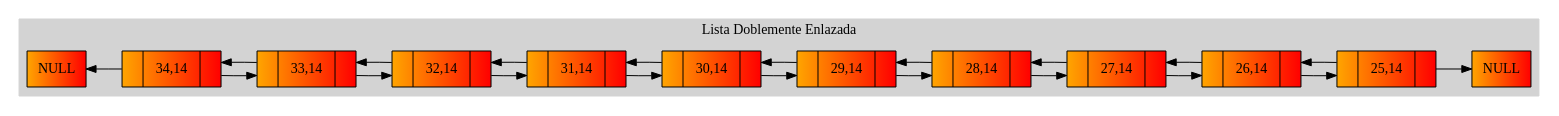
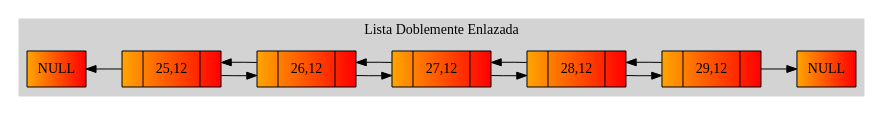
The diagram in graficaLD.dot (Tiago-130414/EDD_1S2019_P1_201313722), drawn with Graphviz before and after one commit. The commit also changed 6 other files, not shown here.

```diff
--- a/graficaLD.dot
+++ b/graficaLD.dot
@@ -1,42 +1,27 @@
 digraph{
 rankdir=LR;
 labelloc="t";
 subgraph cluster_0{
 style=filled;
 color = lightgrey;
 node[shape=record];
 NodoPN[label="NULL"style = filled, fillcolor = "orange:red"];
-Nodo34C14[label="{ |34,14| }"style = filled, fillcolor = "orange:red"];
-Nodo33C14[label="{ |33,14| }"style = filled, fillcolor = "orange:red"];
-Nodo32C14[label="{ |32,14| }"style = filled, fillcolor = "orange:red"];
-Nodo31C14[label="{ |31,14| }"style = filled, fillcolor = "orange:red"];
-Nodo30C14[label="{ |30,14| }"style = filled, fillcolor = "orange:red"];
-Nodo29C14[label="{ |29,14| }"style = filled, fillcolor = "orange:red"];
-Nodo28C14[label="{ |28,14| }"style = filled, fillcolor = "orange:red"];
-Nodo27C14[label="{ |27,14| }"style = filled, fillcolor = "orange:red"];
-Nodo26C14[label="{ |26,14| }"style = filled, fillcolor = "orange:red"];
-Nodo25C14[label="{ |25,14| }"style = filled, fillcolor = "orange:red"];
+Nodo25C12[label="{ |25,12| }"style = filled, fillcolor = "orange:red"];
+Nodo26C12[label="{ |26,12| }"style = filled, fillcolor = "orange:red"];
+Nodo27C12[label="{ |27,12| }"style = filled, fillcolor = "orange:red"];
+Nodo28C12[label="{ |28,12| }"style = filled, fillcolor = "orange:red"];
+Nodo29C12[label="{ |29,12| }"style = filled, fillcolor = "orange:red"];
 NodoUN[label="NULL"style = filled, fillcolor = "orange:red"];
-NodoPN->Nodo34C14[dir=back];
-Nodo34C14->Nodo33C14;
-Nodo33C14->Nodo34C14;
-Nodo33C14->Nodo32C14;
-Nodo32C14->Nodo33C14;
-Nodo32C14->Nodo31C14;
-Nodo31C14->Nodo32C14;
-Nodo31C14->Nodo30C14;
-Nodo30C14->Nodo31C14;
-Nodo30C14->Nodo29C14;
-Nodo29C14->Nodo30C14;
-Nodo29C14->Nodo28C14;
-Nodo28C14->Nodo29C14;
-Nodo28C14->Nodo27C14;
-Nodo27C14->Nodo28C14;
-Nodo27C14->Nodo26C14;
-Nodo26C14->Nodo27C14;
-Nodo26C14->Nodo25C14;
-Nodo25C14->Nodo26C14;
-Nodo25C14->NodoUN;
+NodoPN->Nodo25C12[dir=back];
+Nodo25C12->Nodo26C12;
+Nodo26C12->Nodo25C12;
+Nodo26C12->Nodo27C12;
+Nodo27C12->Nodo26C12;
+Nodo27C12->Nodo28C12;
+Nodo28C12->Nodo27C12;
+Nodo28C12->Nodo29C12;
+Nodo29C12->Nodo28C12;
+Nodo29C12->NodoUN;
 label = "Lista Doblemente Enlazada";
 }
 }
```
